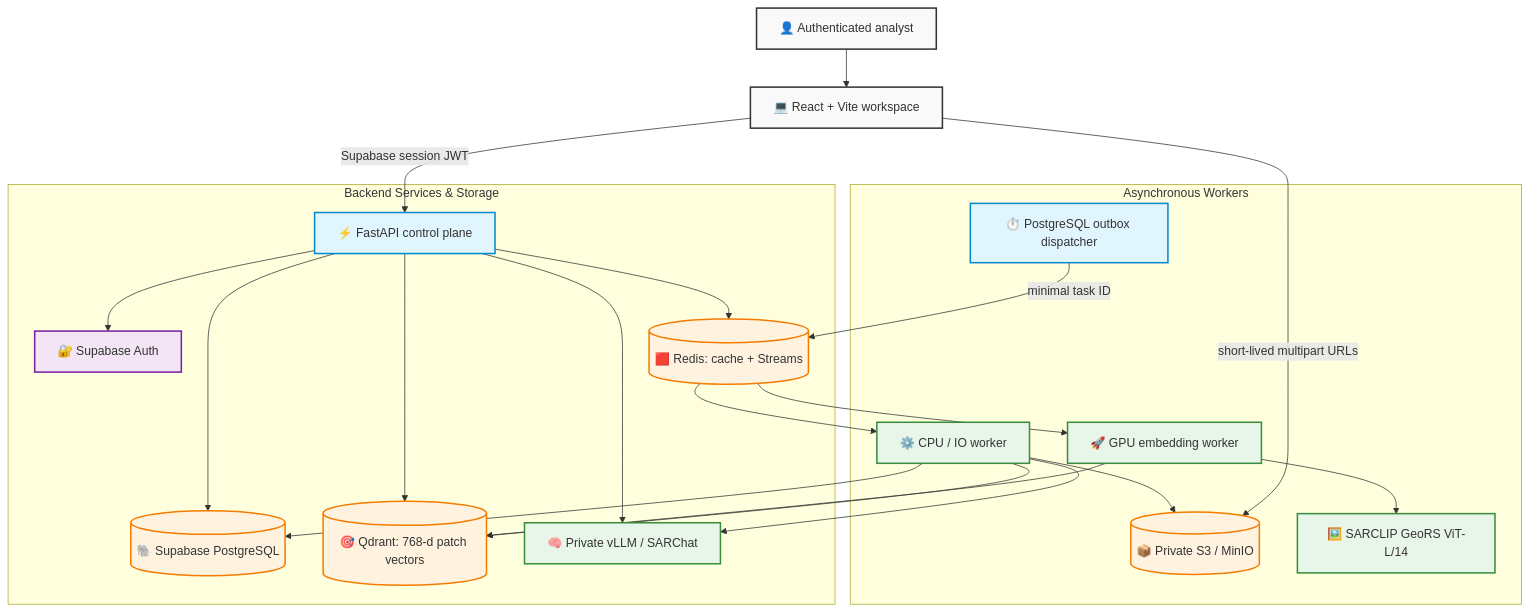
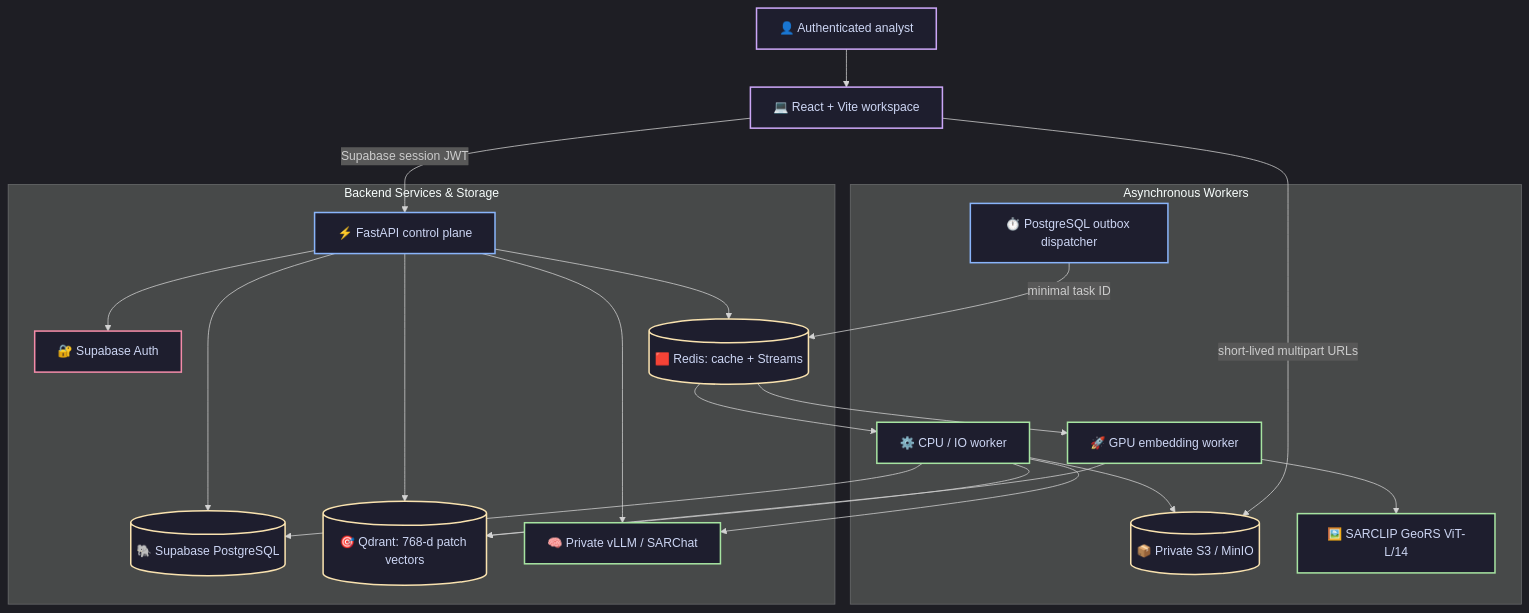
One commit to Trivo121/Raikou changed the first of 4 diagrams in README.md. Above: the diagram before and after it, drawn with Mermaid. The commit also changed other lines of this file, not shown here.

Commit message:
Update Mermaid diagram styles in README

````diff
--- a/README.md
+++ b/README.md
@@ -68,33 +68,34 @@
 ```mermaid
+%%{init: {'theme': 'dark', 'themeVariables': { 'fontFamily': 'ui-sans-serif, system-ui, -apple-system, sans-serif'}}}%%
 flowchart TB
-    classDef client fill:#f9f9f9,stroke:#333,stroke-width:2px;
-    classDef api fill:#e1f5fe,stroke:#0288d1,stroke-width:2px;
-    classDef storage fill:#fff3e0,stroke:#f57c00,stroke-width:2px;
-    classDef worker fill:#e8f5e9,stroke:#388e3c,stroke-width:2px;
-    classDef external fill:#f3e5f5,stroke:#7b1fa2,stroke-width:2px;
+    classDef client fill:#1e1e2e,stroke:#cba6f7,stroke-width:2px,color:#cdd6f4;
+    classDef api fill:#1e1e2e,stroke:#89b4fa,stroke-width:2px,color:#cdd6f4;
+    classDef storage fill:#1e1e2e,stroke:#f9e2af,stroke-width:2px,color:#cdd6f4;
+    classDef worker fill:#1e1e2e,stroke:#a6e3a1,stroke-width:2px,color:#cdd6f4;
+    classDef external fill:#1e1e2e,stroke:#f38ba8,stroke-width:2px,color:#cdd6f4;
 
     analyst["👤 Authenticated analyst"]:::client --> web["💻 React + Vite workspace"]:::client
     web -->|"Supabase session JWT"| api["⚡ FastAPI control plane"]:::api
     web -->|"short-lived multipart URLs"| objectstore[("📦 Private S3 / MinIO")]:::storage
 
     subgraph "Backend Services & Storage"
         api --> auth["🔐 Supabase Auth"]:::external
         api --> postgres[("🐘 Supabase PostgreSQL")]:::storage
         api --> redis[("🟥 Redis: cache + Streams")]:::storage
         api --> qdrant[("🎯 Qdrant: 768-d patch vectors")]:::storage
         api --> vllm["🧠 Private vLLM / SARChat"]:::worker
     end
 
     subgraph "Asynchronous Workers"
         dispatcher["⏱️ PostgreSQL outbox dispatcher"]:::api -->|"minimal task ID"| redis
         redis --> cpu["⚙️ CPU / IO worker"]:::worker
         redis --> gpu["🚀 GPU embedding worker"]:::worker
         
         cpu --> objectstore
         cpu --> postgres
         cpu --> qdrant
         cpu --> vllm
         gpu --> sarclip["🖼️ SARCLIP GeoRS ViT-L/14"]:::worker
         gpu --> qdrant
     end
 ```
````
